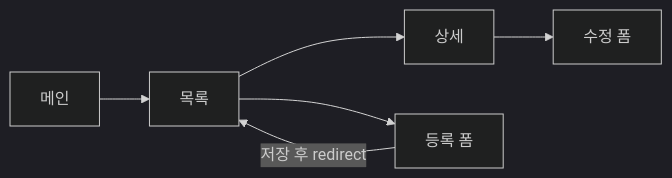
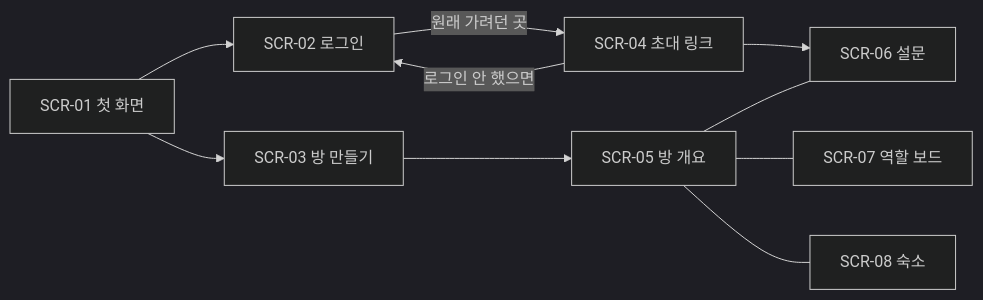
The diagram in docs/02-화면설계.md (jihun-moon/bootcamp-2nd-project), drawn with Mermaid (dark theme) before and after one commit. The commit also changed other lines of this file and 116 other files, not shown here.

````diff
--- a/docs/02-화면설계.md
+++ b/docs/02-화면설계.md
@@ -16,8 +22,12 @@
 ```mermaid
 flowchart LR
-    A[메인] --> B[목록]
-    B --> C[상세]
-    C --> D[수정 폼]
-    B --> E[등록 폼]
-    E -- 저장 후 redirect --> B
+    A[SCR-01 첫 화면] --> B[SCR-02 로그인]
+    A --> C[SCR-03 방 만들기]
+    C --> E[SCR-05 방 개요]
+    D[SCR-04 초대 링크] -- 로그인 안 했으면 --> B
+    B -- 원래 가려던 곳 --> D
+    D --> F[SCR-06 설문]
+    E --- F
+    E --- G[SCR-07 역할 보드]
+    E --- H[SCR-08 숙소]
 ```
````
